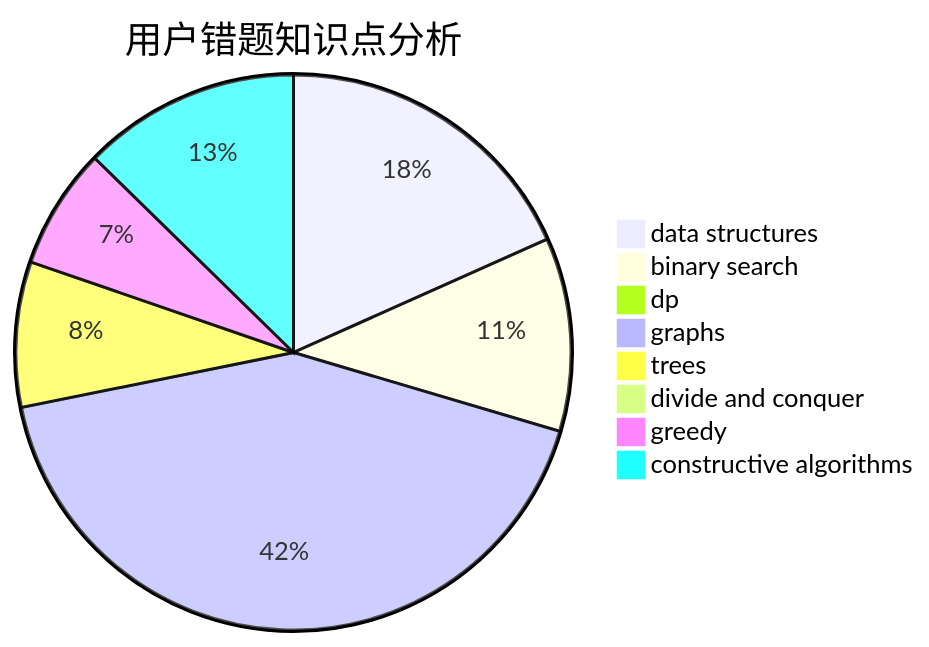
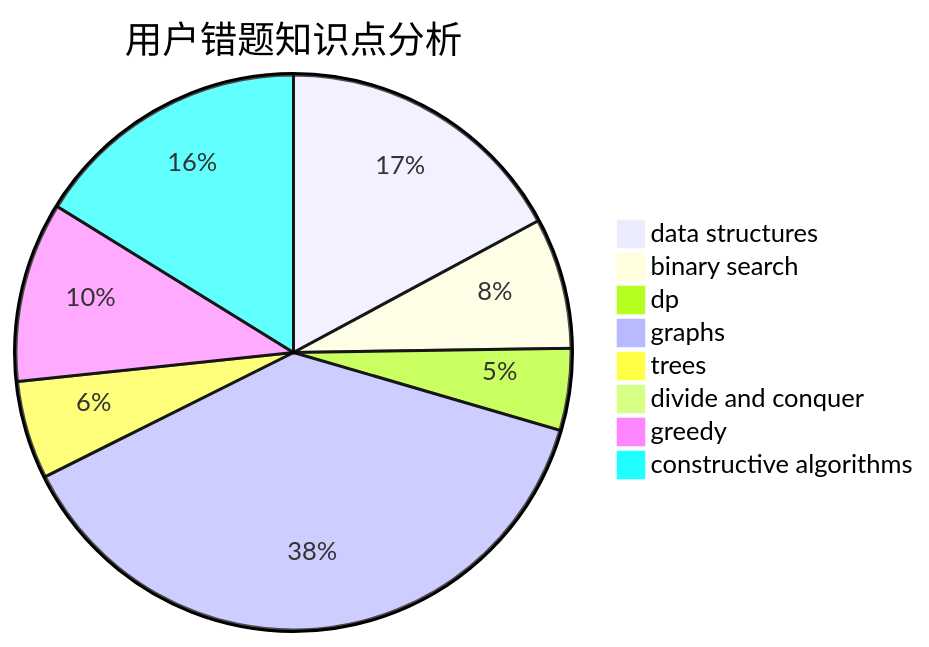
The third of 3 diagrams in docs/user/u5.md (sherpahu/cfrs.github.io), drawn with Mermaid before and after one commit. The commit also changed other lines of this file and 2770 other files, not shown here.

````diff
--- a/docs/user/u5.md
+++ b/docs/user/u5.md
@@ -36,11 +36,11 @@
 ```mermaid
 pie title 用户错题知识点分析
-    "data structures" :  13
+    "data structures" :  18
     "binary search" :  8
-    "dp" :  0
-    "graphs" :  30
+    "dp" :  5
+    "graphs" :  40
     "trees" :  6
     "divide and conquer" :  0
-    "greedy" :  5
-    "constructive algorithms" :  9
+    "greedy" :  11
+    "constructive algorithms" :  17
 ```
````
